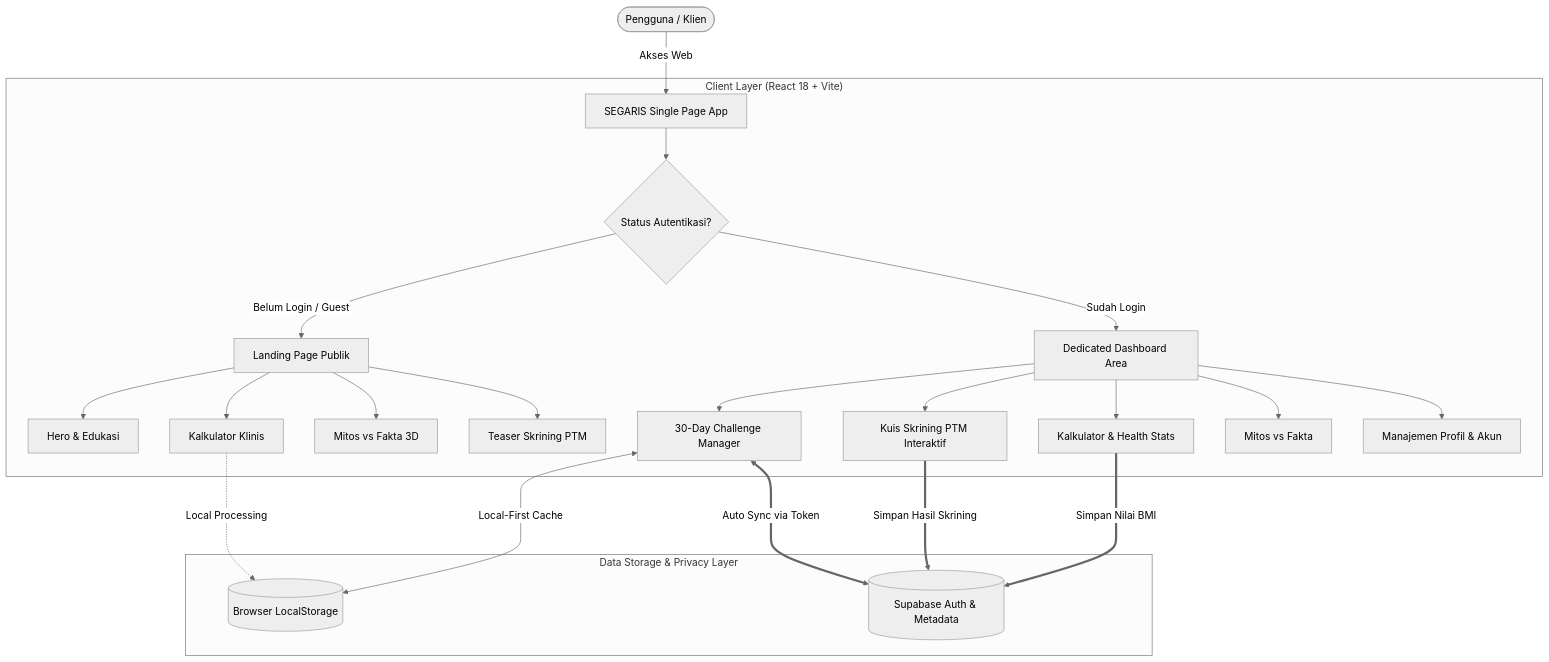
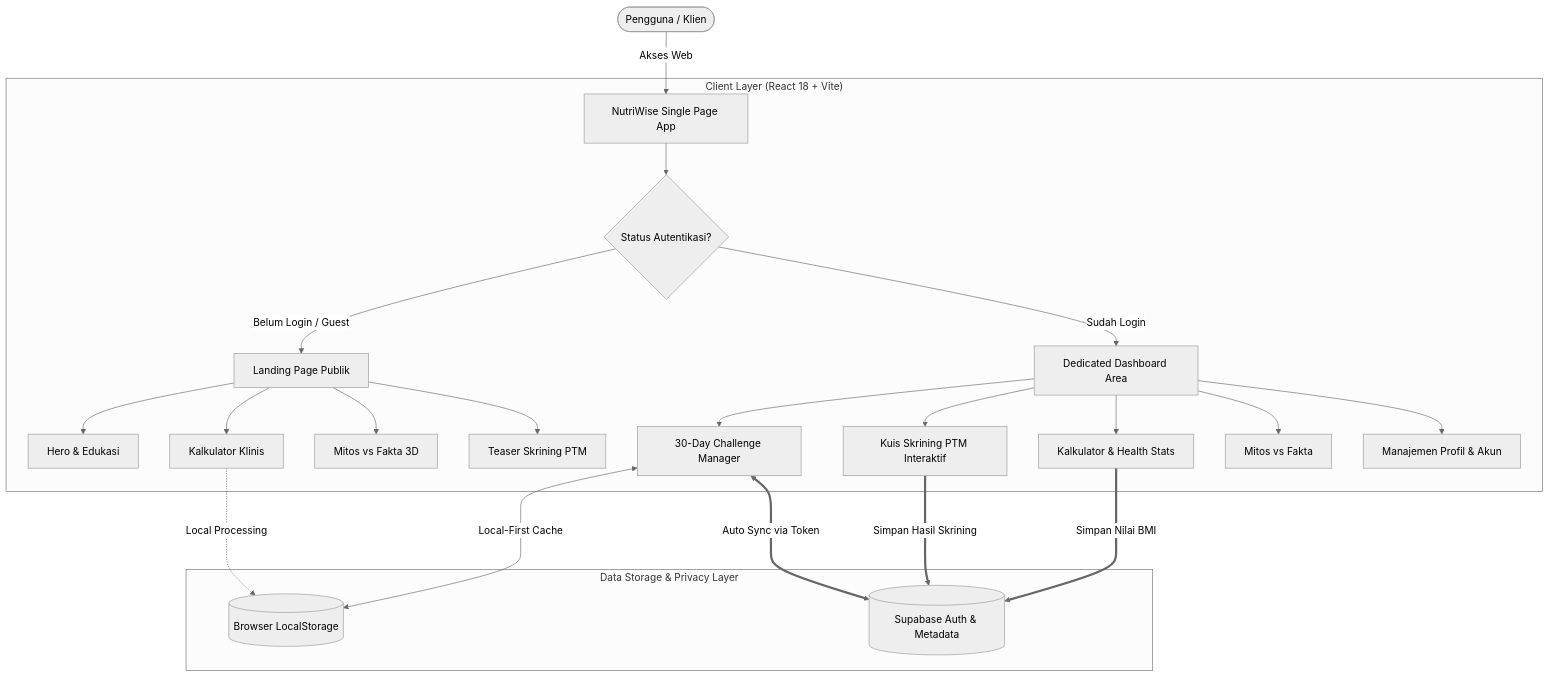
Before and after one commit to pepperoro/NutriWise: the diagram in README.md, drawn with Mermaid (neutral theme). The commit also changed other lines of this file and 23 other files, not shown here.

Commit message:
Rebrand from SEGARIS to NutriWise and update application logo

````diff
--- a/README.md
+++ b/README.md
@@ -92,30 +91,30 @@
 ```mermaid
 graph TD
-    User([Pengguna / Klien]) -->|Akses Web| App[SEGARIS Single Page App]
+    User([Pengguna / Klien]) -->|Akses Web| App[NutriWise Single Page App]
     
     subgraph "Client Layer (React 18 + Vite)"
         App --> ViewRouter{Status Autentikasi?}
         ViewRouter -->|Belum Login / Guest| LandingPage[Landing Page Publik]
         ViewRouter -->|Sudah Login| Dashboard[Dedicated Dashboard Area]
         
         LandingPage --> HeroSec[Hero & Edukasi]
         LandingPage --> CalcSec[Kalkulator Klinis]
         LandingPage --> MythSec[Mitos vs Fakta 3D]
         LandingPage --> QuizTeaser[Teaser Skrining PTM]
         
         Dashboard --> DashChallenge[30-Day Challenge Manager]
         Dashboard --> DashCalc[Kalkulator & Health Stats]
         Dashboard --> DashQuiz[Kuis Skrining PTM Interaktif]
         Dashboard --> DashMyth[Mitos vs Fakta]
         Dashboard --> DashProfile[Manajemen Profil & Akun]
     end
 
     subgraph "Data Storage & Privacy Layer"
         CalcSec -.->|Local Processing| LocalStorage[(Browser LocalStorage)]
         DashChallenge <-->|Local-First Cache| LocalStorage
         
         DashChallenge <===>|Auto Sync via Token| SupabaseAuth[(Supabase Auth & Metadata)]
         DashQuiz ===>|Simpan Hasil Skrining| SupabaseAuth
         DashCalc ===>|Simpan Nilai BMI| SupabaseAuth
     end
 ```
````
